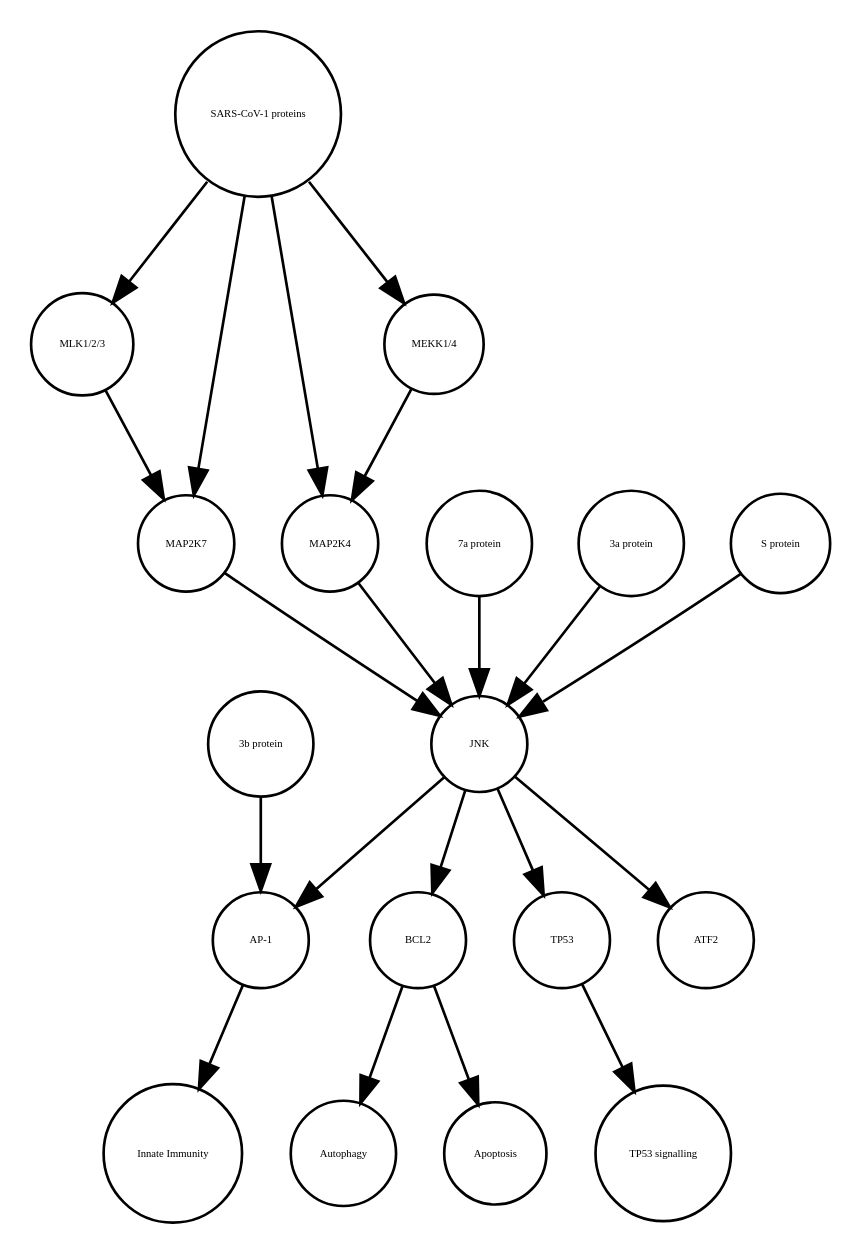
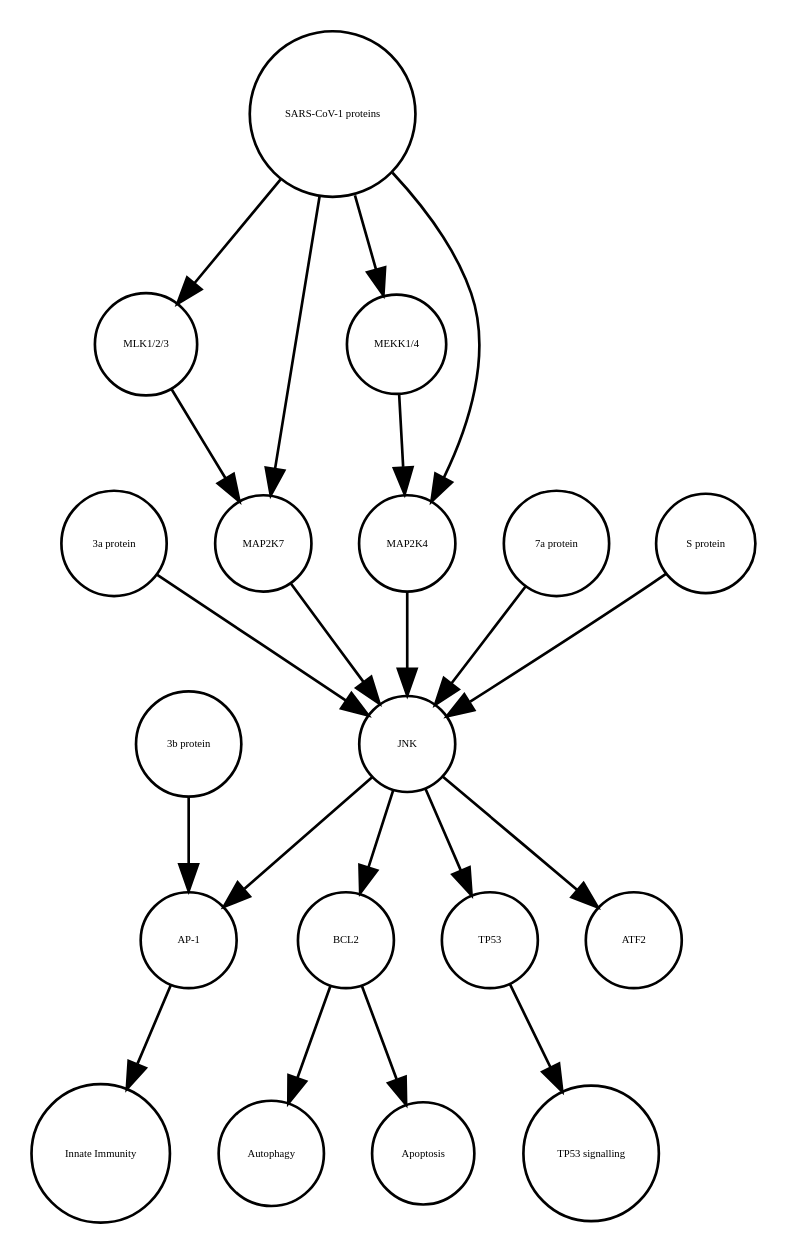
One commit to cannin/covid19-sbgn changed the diagram in JNK_pathway_v2.1.xml_projected.dot. Above: the diagram before and after it, drawn with Graphviz. The commit also changed other lines of this file and 564 other files, not shown here.

```diff
--- a/JNK_pathway_v2.1.xml_projected.dot
+++ b/JNK_pathway_v2.1.xml_projected.dot
@@ -1,40 +1,40 @@
 strict digraph  {
 BCL2 [annotation=urn_miriam_uniprot_P10415, bipartite=0, cls=macromolecule, fontsize=4, label=BCL2, shape=circle];
 Autophagy [annotation="", bipartite=0, cls=phenotype, fontsize=4, label=Autophagy, shape=circle];
 "AP-1" [annotation="", bipartite=0, cls=complex, fontsize=4, label="AP-1", shape=circle];
 "Innate Immunity" [annotation="", bipartite=0, cls=phenotype, fontsize=4, label="Innate Immunity", shape=circle];
 TP53 [annotation=urn_miriam_uniprot_P04637, bipartite=0, cls=macromolecule, fontsize=4, label=TP53, shape=circle];
 "TP53 signalling" [annotation="", bipartite=0, cls=phenotype, fontsize=4, label="TP53 signalling", shape=circle];
 Apoptosis [annotation="", bipartite=0, cls=phenotype, fontsize=4, label=Apoptosis, shape=circle];
+"3a protein" [annotation="", bipartite=0, cls=macromolecule, fontsize=4, label="3a protein", shape=circle];
+"SARS-CoV-1 proteins" [annotation="", bipartite=0, cls=complex, fontsize=4, label="SARS-CoV-1 proteins", shape=circle];
 "MLK1/2/3" [annotation="", bipartite=0, cls=complex, fontsize=4, label="MLK1/2/3", shape=circle];
+MAP2K7 [annotation=urn_miriam_uniprot_O14733, bipartite=0, cls=macromolecule, fontsize=4, label=MAP2K7, shape=circle];
+"3b protein" [annotation="", bipartite=0, cls=macromolecule, fontsize=4, label="3b protein", shape=circle];
 JNK [annotation="", bipartite=0, cls=complex, fontsize=4, label=JNK, shape=circle];
-"SARS-CoV-1 proteins" [annotation="", bipartite=0, cls=complex, fontsize=4, label="SARS-CoV-1 proteins", shape=circle];
-"3b protein" [annotation="", bipartite=0, cls=macromolecule, fontsize=4, label="3b protein", shape=circle];
+"7a protein" [annotation="", bipartite=0, cls=macromolecule, fontsize=4, label="7a protein", shape=circle];
+"S protein" [annotation="", bipartite=0, cls=macromolecule, fontsize=4, label="S protein", shape=circle];
+"MEKK1/4" [annotation="", bipartite=0, cls=complex, fontsize=4, label="MEKK1/4", shape=circle];
 MAP2K4 [annotation=urn_miriam_uniprot_P45985, bipartite=0, cls=macromolecule, fontsize=4, label=MAP2K4, shape=circle];
-"7a protein" [annotation="", bipartite=0, cls=macromolecule, fontsize=4, label="7a protein", shape=circle];
-"3a protein" [annotation="", bipartite=0, cls=macromolecule, fontsize=4, label="3a protein", shape=circle];
-"S protein" [annotation="", bipartite=0, cls=macromolecule, fontsize=4, label="S protein", shape=circle];
 ATF2 [annotation=urn_miriam_uniprot_P15336, bipartite=0, cls=macromolecule, fontsize=4, label=ATF2, shape=circle];
-"MEKK1/4" [annotation="", bipartite=0, cls=complex, fontsize=4, label="MEKK1/4", shape=circle];
-MAP2K7 [annotation=urn_miriam_uniprot_O14733, bipartite=0, cls=macromolecule, fontsize=4, label=MAP2K7, shape=circle];
 BCL2 -> Autophagy  [annotation="", interaction_type="necessary stimulation"];
 BCL2 -> Apoptosis  [annotation="", interaction_type=inhibition];
 "AP-1" -> "Innate Immunity"  [annotation="", interaction_type="necessary stimulation"];
 TP53 -> "TP53 signalling"  [annotation="", interaction_type="necessary stimulation"];
+"3a protein" -> JNK  [annotation=urn_miriam_pubmed_17141229, interaction_type=stimulation];
+"SARS-CoV-1 proteins" -> "MEKK1/4"  [annotation="urn_miriam_pubmed_31226023|urn_miriam_taxonomy_694009", interaction_type=stimulation];
+"SARS-CoV-1 proteins" -> MAP2K7  [annotation="urn_miriam_pubmed_31226023|urn_miriam_taxonomy_694009", interaction_type=stimulation];
+"SARS-CoV-1 proteins" -> "MLK1/2/3"  [annotation="urn_miriam_taxonomy_694009|urn_miriam_pubmed_31226023", interaction_type=stimulation];
+"SARS-CoV-1 proteins" -> MAP2K4  [annotation="urn_miriam_pubmed_31226023|urn_miriam_taxonomy_694009", interaction_type=stimulation];
 "MLK1/2/3" -> MAP2K7  [annotation="urn_miriam_pubmed_31226023|urn_miriam_taxonomy_694009", interaction_type=stimulation];
-JNK -> BCL2  [annotation=urn_miriam_pubmed_10567572, interaction_type=stimulation];
+MAP2K7 -> JNK  [annotation=urn_miriam_pubmed_17141229, interaction_type=stimulation];
+"3b protein" -> "AP-1"  [annotation=urn_miriam_pubmed_21561061, interaction_type=stimulation];
 JNK -> ATF2  [annotation="", interaction_type=stimulation];
 JNK -> "AP-1"  [annotation=urn_miriam_pubmed_21561061, interaction_type=stimulation];
 JNK -> TP53  [annotation="", interaction_type=stimulation];
-"SARS-CoV-1 proteins" -> "MLK1/2/3"  [annotation="urn_miriam_taxonomy_694009|urn_miriam_pubmed_31226023", interaction_type=stimulation];
-"SARS-CoV-1 proteins" -> MAP2K4  [annotation="urn_miriam_pubmed_31226023|urn_miriam_taxonomy_694009", interaction_type=stimulation];
-"SARS-CoV-1 proteins" -> MAP2K7  [annotation="urn_miriam_pubmed_31226023|urn_miriam_taxonomy_694009", interaction_type=stimulation];
-"SARS-CoV-1 proteins" -> "MEKK1/4"  [annotation="urn_miriam_pubmed_31226023|urn_miriam_taxonomy_694009", interaction_type=stimulation];
-"3b protein" -> "AP-1"  [annotation=urn_miriam_pubmed_21561061, interaction_type=stimulation];
-MAP2K4 -> JNK  [annotation=urn_miriam_pubmed_17141229, interaction_type=stimulation];
+JNK -> BCL2  [annotation=urn_miriam_pubmed_10567572, interaction_type=stimulation];
 "7a protein" -> JNK  [annotation=urn_miriam_pubmed_17141229, interaction_type=stimulation];
-"3a protein" -> JNK  [annotation=urn_miriam_pubmed_17141229, interaction_type=stimulation];
 "S protein" -> JNK  [annotation=urn_miriam_pubmed_17267381, interaction_type=stimulation];
 "MEKK1/4" -> MAP2K4  [annotation="urn_miriam_pubmed_31226023|urn_miriam_taxonomy_694009", interaction_type=stimulation];
-MAP2K7 -> JNK  [annotation=urn_miriam_pubmed_17141229, interaction_type=stimulation];
+MAP2K4 -> JNK  [annotation=urn_miriam_pubmed_17141229, interaction_type=stimulation];
 }
```
